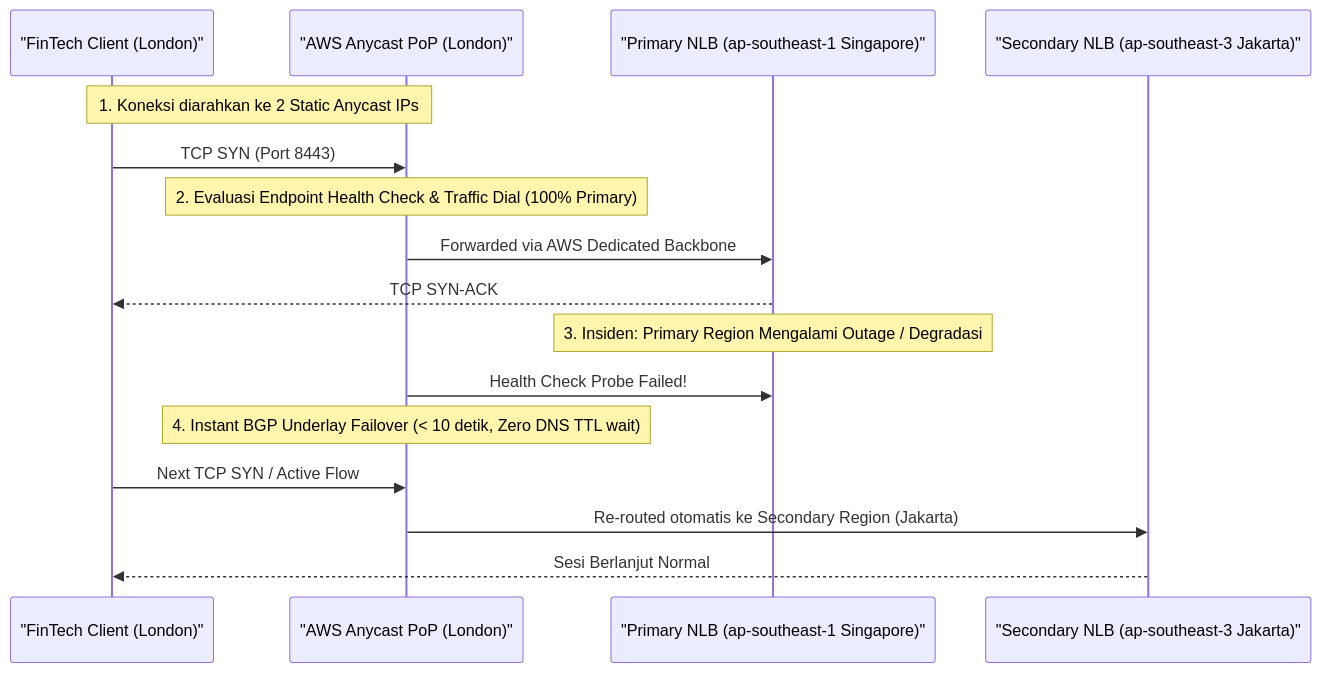
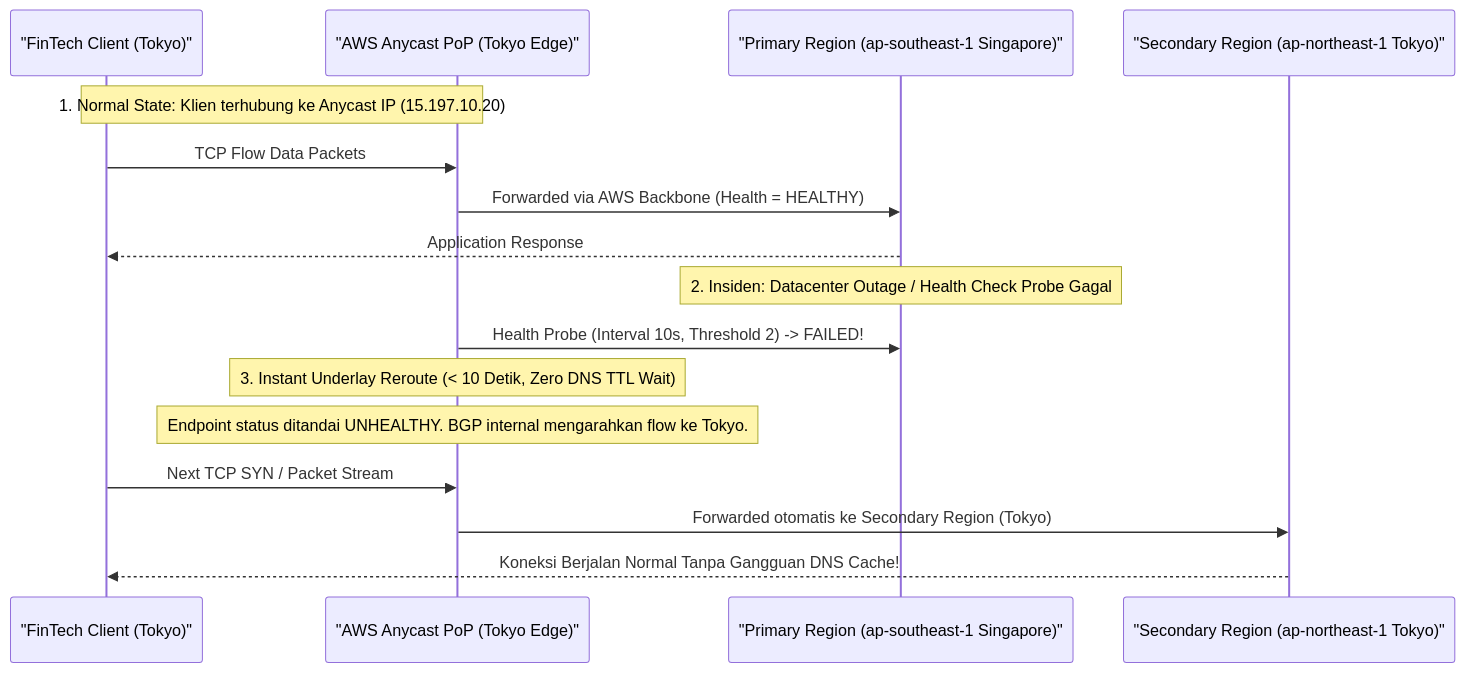
One commit to robertusnegoro/cloud-network-learning-materials changed the seventh of 9 diagrams in docs/modules/25-cloudfront-global-accelerator.md. Above: the diagram before and after it, drawn with Mermaid. The commit also changed other lines of this file and 11 other files, not shown here.

First line of the commit message:
feat(aga): add AWS Global Accelerator deep-dive, interactive Anycast simulator, and Lab 08 IaC

````diff
--- a/docs/modules/25-cloudfront-global-accelerator.md
+++ b/docs/modules/25-cloudfront-global-accelerator.md
@@ -157,22 +383,22 @@
 ```mermaid
 sequenceDiagram
-    participant Client as "FinTech Client (London)"
-    participant Edge as "AWS Anycast PoP (London)"
-    participant Primary as "Primary NLB (ap-southeast-1 Singapore)"
-    participant Secondary as "Secondary NLB (ap-southeast-3 Jakarta)"
+    participant Client as "FinTech Client (Tokyo)"
+    participant AnycastEdge as "AWS Anycast PoP (Tokyo Edge)"
+    participant Primary as "Primary Region (ap-southeast-1 Singapore)"
+    participant Secondary as "Secondary Region (ap-northeast-1 Tokyo)"
 
-    Note over Client,Edge: 1. Koneksi diarahkan ke 2 Static Anycast IPs
-    Client->>Edge: TCP SYN (Port 8443)
+    Note over Client,AnycastEdge: 1. Normal State: Klien terhubung ke Anycast IP (15.197.10.20)
+    Client->>AnycastEdge: TCP Flow Data Packets
+    AnycastEdge->>Primary: Forwarded via AWS Backbone (Health = HEALTHY)
+    Primary-->>Client: Application Response
+
+    Note over Primary: 2. Insiden: Datacenter Outage / Health Check Probe Gagal
+    AnycastEdge->>Primary: Health Probe (Interval 10s, Threshold 2) -> FAILED!
     
-    Note over Edge: 2. Evaluasi Endpoint Health Check & Traffic Dial (100% Primary)
-    Edge->>Primary: Forwarded via AWS Dedicated Backbone
-    Primary-->>Client: TCP SYN-ACK
+    Note over AnycastEdge: 3. Instant Underlay Reroute (< 10 Detik, Zero DNS TTL Wait)
+    Note over AnycastEdge: Endpoint status ditandai UNHEALTHY. BGP internal mengarahkan flow ke Tokyo.
 
-    Note over Primary: 3. Insiden: Primary Region Mengalami Outage / Degradasi
-    Edge->>Primary: Health Check Probe Failed!
-    Note over Edge: 4. Instant BGP Underlay Failover (< 10 detik, Zero DNS TTL wait)
-    
-    Client->>Edge: Next TCP SYN / Active Flow
-    Edge->>Secondary: Re-routed otomatis ke Secondary Region (Jakarta)
-    Secondary-->>Client: Sesi Berlanjut Normal
+    Client->>AnycastEdge: Next TCP SYN / Packet Stream
+    AnycastEdge->>Secondary: Forwarded otomatis ke Secondary Region (Tokyo)
+    Secondary-->>Client: Koneksi Berjalan Normal Tanpa Gangguan DNS Cache!
 ```
````
